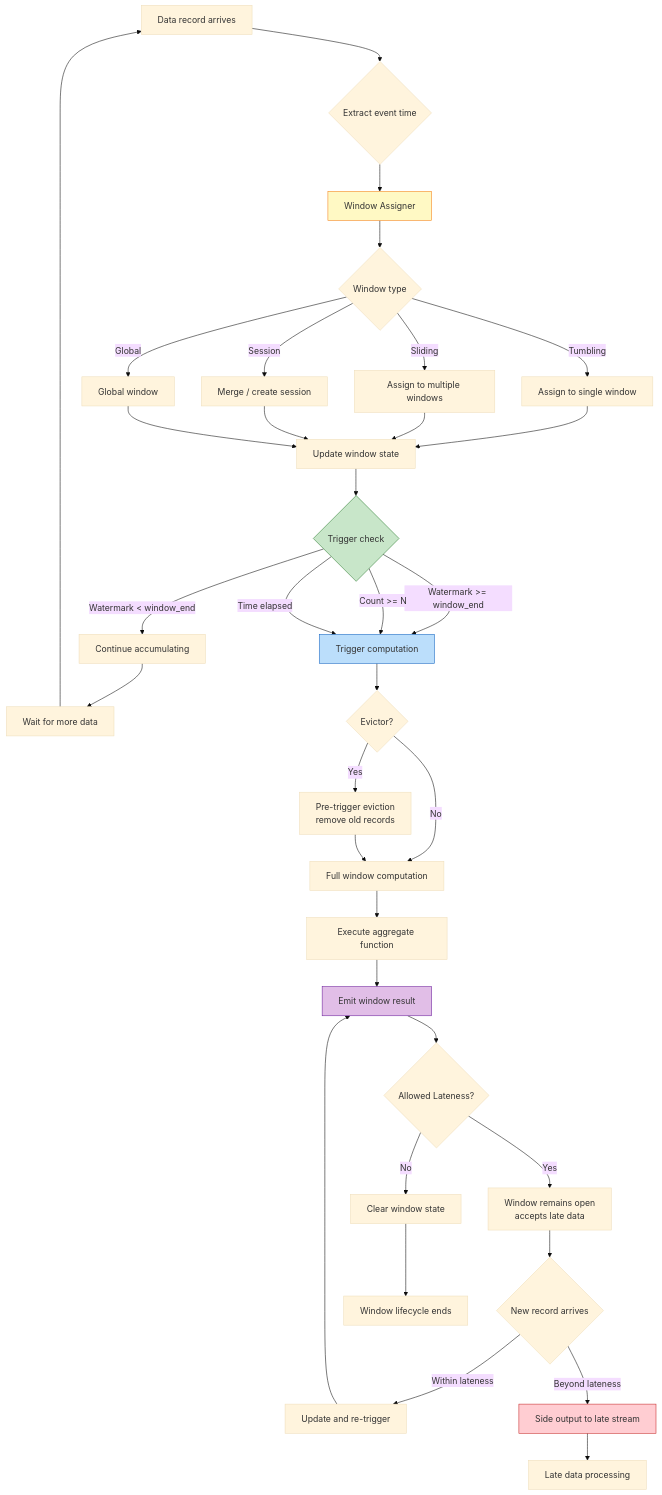
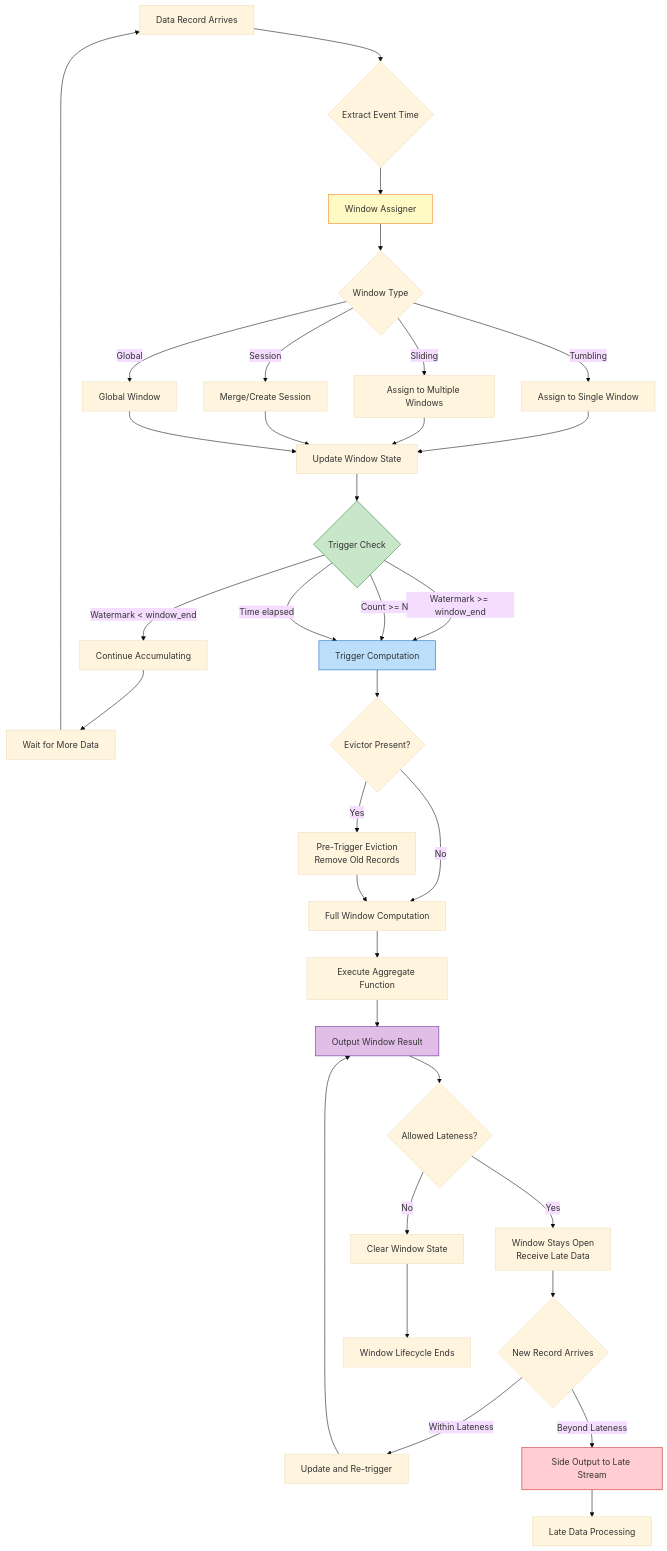
One commit to AdaMartin18010/AnalysisDataFlow changed the second of 2 diagrams in i18n/en/Knowledge/02-design-patterns/pattern-windowed-aggregation-en.md. Above: the diagram before and after it, drawn with Mermaid (base theme). The commit also changed other lines of this file and 679 other files, not shown here.

````diff
--- a/i18n/en/Knowledge/02-design-patterns/pattern-windowed-aggregation-en.md
+++ b/i18n/en/Knowledge/02-design-patterns/pattern-windowed-aggregation-en.md
@@ -483,52 +796,52 @@
 ```mermaid
 flowchart TD
-    A[Data record arrives] --> B{Extract event time}
+    A[Data Record Arrives] --> B{Extract Event Time}
     B --> C[Window Assigner]
 
-    C --> D{Window type}
-    D -->|Tumbling| E[Assign to single window]
-    D -->|Sliding| F[Assign to multiple windows]
-    D -->|Session| G[Merge / create session]
-    D -->|Global| H[Global window]
+    C --> D{Window Type}
+    D -->|Tumbling| E[Assign to Single Window]
+    D -->|Sliding| F[Assign to Multiple Windows]
+    D -->|Session| G[Merge/Create Session]
+    D -->|Global| H[Global Window]
 
-    E --> I[Update window state]
+    E --> I[Update Window State]
     F --> I
     G --> I
     H --> I
 
-    I --> J{Trigger check}
-    J -->|Watermark < window_end| K[Continue accumulating]
-    J -->|Watermark >= window_end| L[Trigger computation]
+    I --> J{Trigger Check}
+    J -->|Watermark < window_end| K[Continue Accumulating]
+    J -->|Watermark >= window_end| L[Trigger Computation]
     J -->|Count >= N| L
     J -->|Time elapsed| L
 
-    K --> M[Wait for more data]
+    K --> M[Wait for More Data]
     M --> A
 
-    L --> N{Evictor?}
-    N -->|Yes| O[Pre-trigger eviction<br/>remove old records]
-    N -->|No| P[Full window computation]
+    L --> N{Evictor Present?}
+    N -->|Yes| O[Pre-Trigger Eviction<br/>Remove Old Records]
+    N -->|No| P[Full Window Computation]
 
     O --> P
-    P --> Q[Execute aggregate function]
-    Q --> R[Emit window result]
+    P --> Q[Execute Aggregate Function]
+    Q --> R[Output Window Result]
 
     R --> S{Allowed Lateness?}
-    S -->|Yes| T[Window remains open<br/>accepts late data]
-    S -->|No| U[Clear window state]
+    S -->|Yes| T[Window Stays Open<br/>Receive Late Data]
+    S -->|No| U[Clear Window State]
 
-    T --> V{New record arrives}
-    V -->|Within lateness| W[Update and re-trigger]
-    V -->|Beyond lateness| X[Side output to late stream]
+    T --> V{New Record Arrives}
+    V -->|Within Lateness| W[Update and Re-trigger]
+    V -->|Beyond Lateness| X[Side Output to Late Stream]
 
     W --> R
-    X --> Y[Late data processing]
+    X --> Y[Late Data Processing]
 
-    U --> Z[Window lifecycle ends]
+    U --> Z[Window Lifecycle Ends]
 
     style C fill:#fff9c4,stroke:#f57f17
     style J fill:#c8e6c9,stroke:#2e7d32
     style L fill:#bbdefb,stroke:#1565c0
     style R fill:#e1bee7,stroke:#6a1b9a
     style X fill:#ffcdd2,stroke:#c62828
 ```
````
